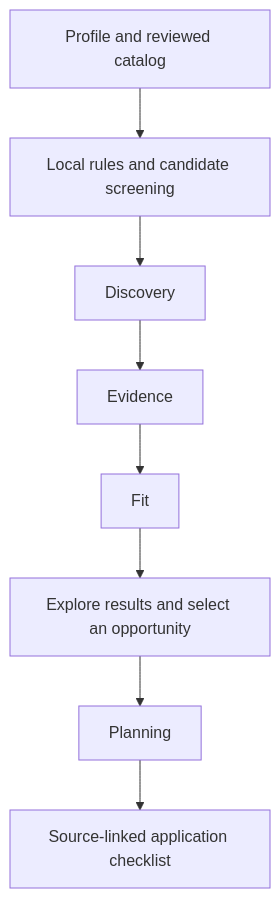
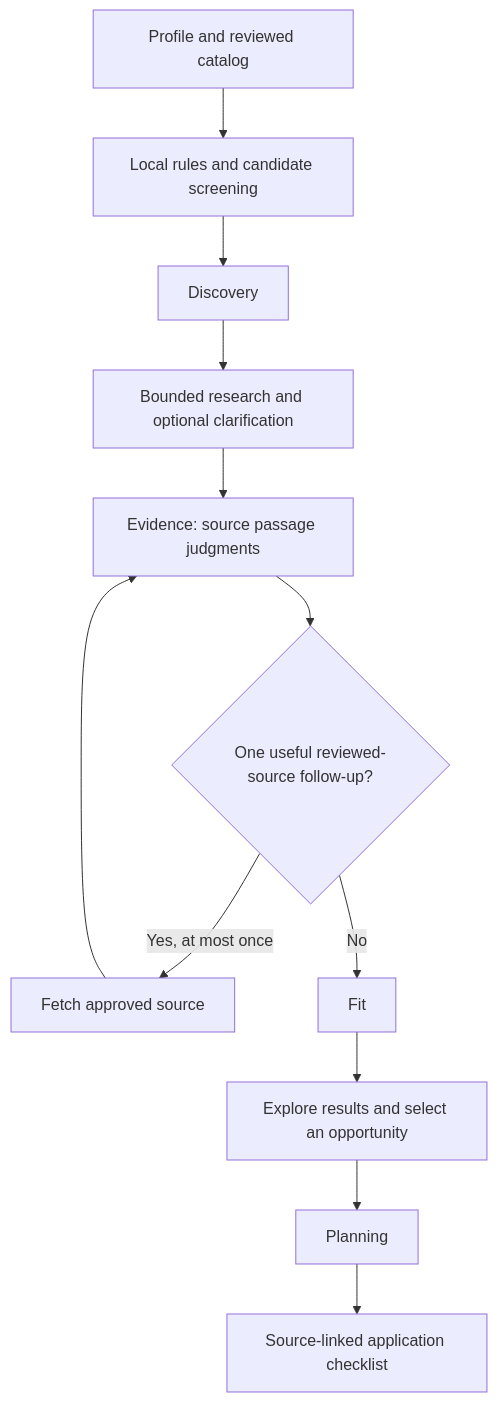
The second of 2 diagrams in README.md (vineelad/equalstart), drawn with Mermaid before and after one commit. The commit also changed other lines of this file and 107 other files, not shown here.

Commit message:
Ground opportunity recommendations in bounded research and cited evidence

````diff
--- a/README.md
+++ b/README.md
@@ -117,10 +142,14 @@
 ```mermaid
 flowchart TD
     A[Profile and reviewed catalog] --> B[Local rules and candidate screening]
     B --> C[Discovery]
-    C --> D[Evidence]
-    D --> E[Fit]
+    C --> R[Bounded research and optional clarification]
+    R --> D[Evidence: source passage judgments]
+    D --> Q{One useful reviewed-source follow-up?}
+    Q -->|Yes, at most once| R2[Fetch approved source]
+    R2 --> D
+    Q -->|No| E[Fit]
     E --> F[Explore results and select an opportunity]
     F --> G[Planning]
     G --> H[Source-linked application checklist]
 ```
````
